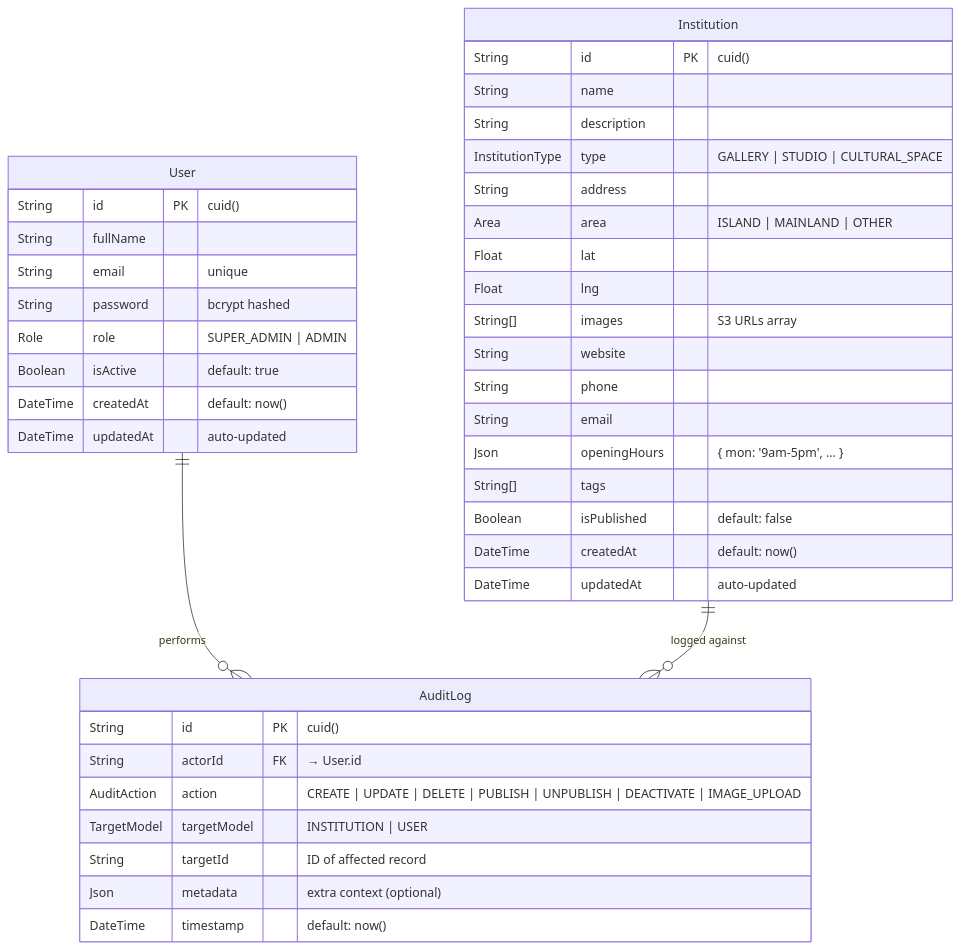
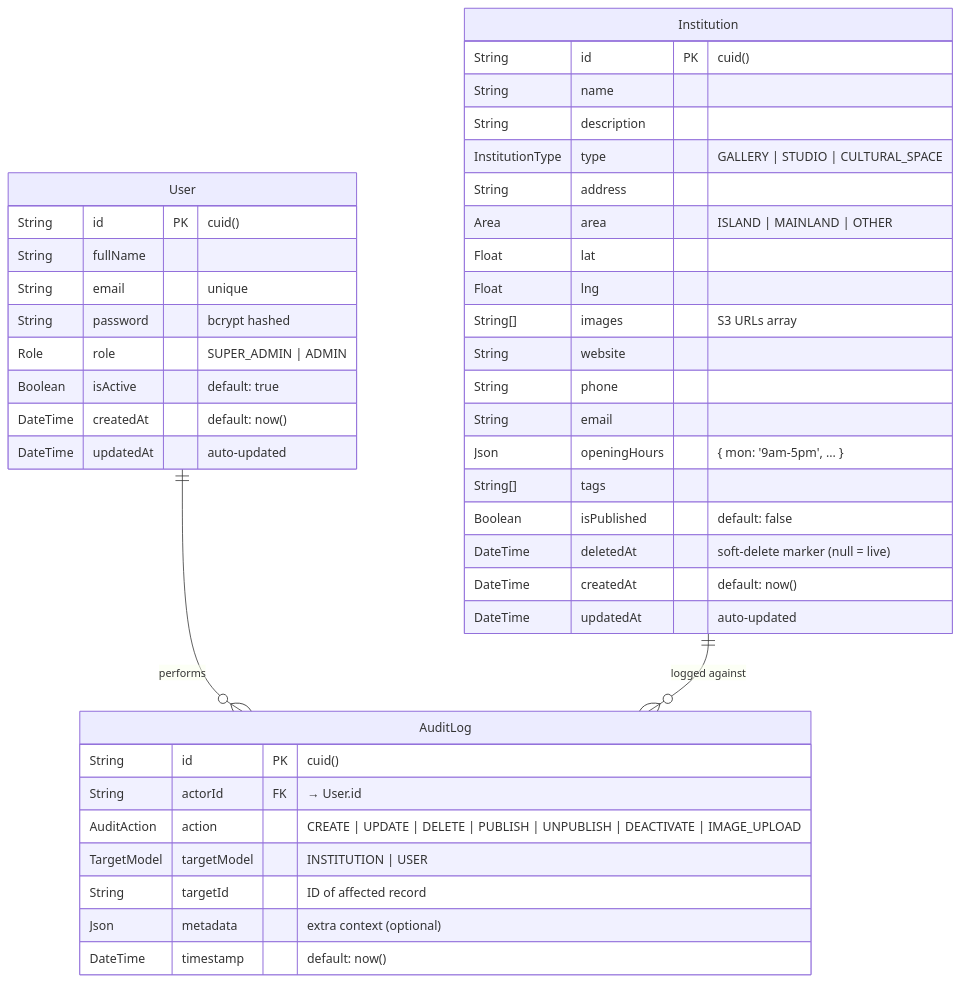
One commit to artExploreAfrica/art-explore-web changed the diagram in ArtExplore_DB_Diagram.md. Above: the diagram before and after it, drawn with Mermaid. The commit also changed other lines of this file and 25 other files, not shown here.

````diff
--- a/ArtExplore_DB_Diagram.md
+++ b/ArtExplore_DB_Diagram.md
@@ -10,46 +10,47 @@
 ```mermaid
 erDiagram
     User {
         String  id          PK  "cuid()"
         String  fullName
         String  email           "unique"
         String  password        "bcrypt hashed"
         Role    role            "SUPER_ADMIN | ADMIN"
         Boolean isActive        "default: true"
         DateTime createdAt      "default: now()"
         DateTime updatedAt      "auto-updated"
     }
 
     Institution {
         String          id           PK  "cuid()"
         String          name
         String          description
         InstitutionType type             "GALLERY | STUDIO | CULTURAL_SPACE"
         String          address
         Area            area             "ISLAND | MAINLAND | OTHER"
         Float           lat
         Float           lng
         String[]        images           "S3 URLs array"
         String          website
         String          phone
         String          email
         Json            openingHours     "{ mon: '9am-5pm', ... }"
         String[]        tags
         Boolean         isPublished      "default: false"
+        DateTime        deletedAt        "soft-delete marker (null = live)"
         DateTime        createdAt        "default: now()"
         DateTime        updatedAt        "auto-updated"
     }
 
     AuditLog {
         String      id          PK  "cuid()"
         String      actorId     FK  "→ User.id"
         AuditAction action          "CREATE | UPDATE | DELETE | PUBLISH | UNPUBLISH | DEACTIVATE | IMAGE_UPLOAD"
         TargetModel targetModel     "INSTITUTION | USER"
         String      targetId        "ID of affected record"
         Json        metadata        "extra context (optional)"
         DateTime    timestamp       "default: now()"
     }
 
     User ||--o{ AuditLog : "performs"
     Institution ||--o{ AuditLog : "logged against"
 ```
````
